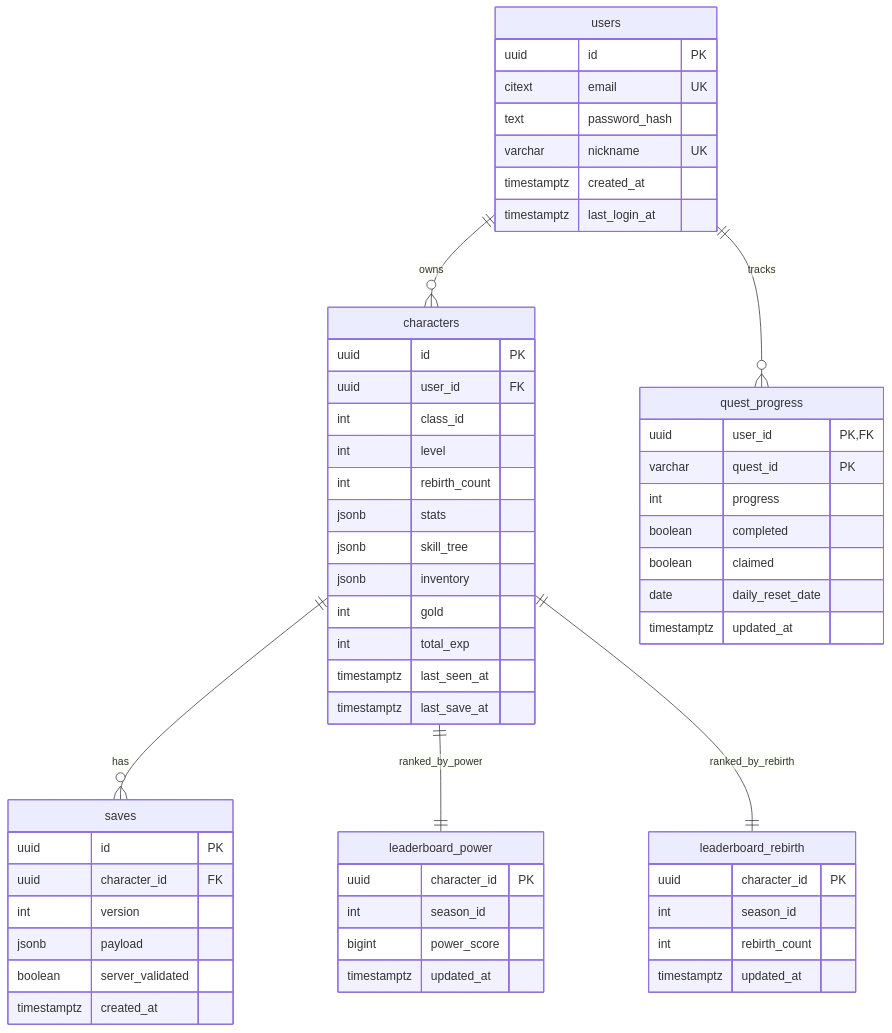
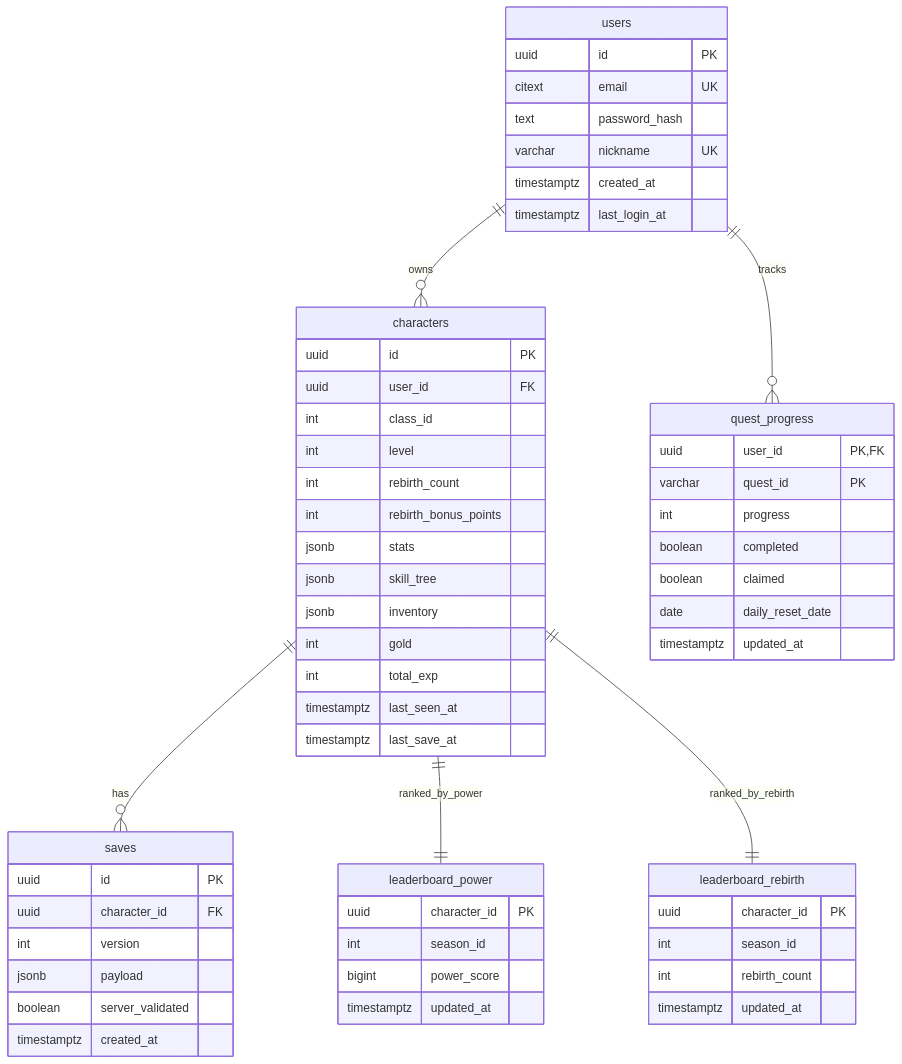
The diagram in docs/api/schema.md (ewoo14/idle-project), drawn with Mermaid before and after one commit. The commit also changed other lines of this file and 41 other files, not shown here.

````diff
--- a/docs/api/schema.md
+++ b/docs/api/schema.md
@@ -5,65 +5,66 @@
 ```mermaid
 erDiagram
   users ||--o{ characters : owns
   users ||--o{ quest_progress : tracks
   characters ||--o{ saves : has
   characters ||--|| leaderboard_power : ranked_by_power
   characters ||--|| leaderboard_rebirth : ranked_by_rebirth
 
   users {
     uuid id PK
     citext email UK
     text password_hash
     varchar nickname UK
     timestamptz created_at
     timestamptz last_login_at
   }
 
   characters {
     uuid id PK
     uuid user_id FK
     int class_id
     int level
     int rebirth_count
+    int rebirth_bonus_points
     jsonb stats
     jsonb skill_tree
     jsonb inventory
     int gold
     int total_exp
     timestamptz last_seen_at
     timestamptz last_save_at
   }
 
   saves {
     uuid id PK
     uuid character_id FK
     int version
     jsonb payload
     boolean server_validated
     timestamptz created_at
   }
 
   leaderboard_power {
     uuid character_id PK
     int season_id
     bigint power_score
     timestamptz updated_at
   }
 
   leaderboard_rebirth {
     uuid character_id PK
     int season_id
     int rebirth_count
     timestamptz updated_at
   }
 
   quest_progress {
     uuid user_id PK, FK
     varchar quest_id PK
     int progress
     boolean completed
     boolean claimed
     date daily_reset_date
     timestamptz updated_at
   }
 ```
````
